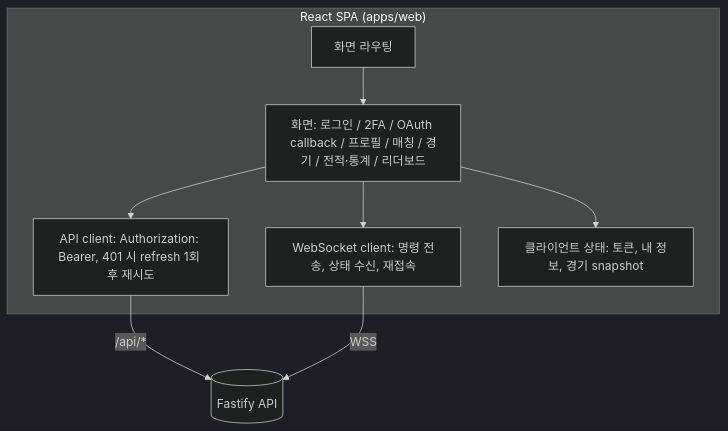
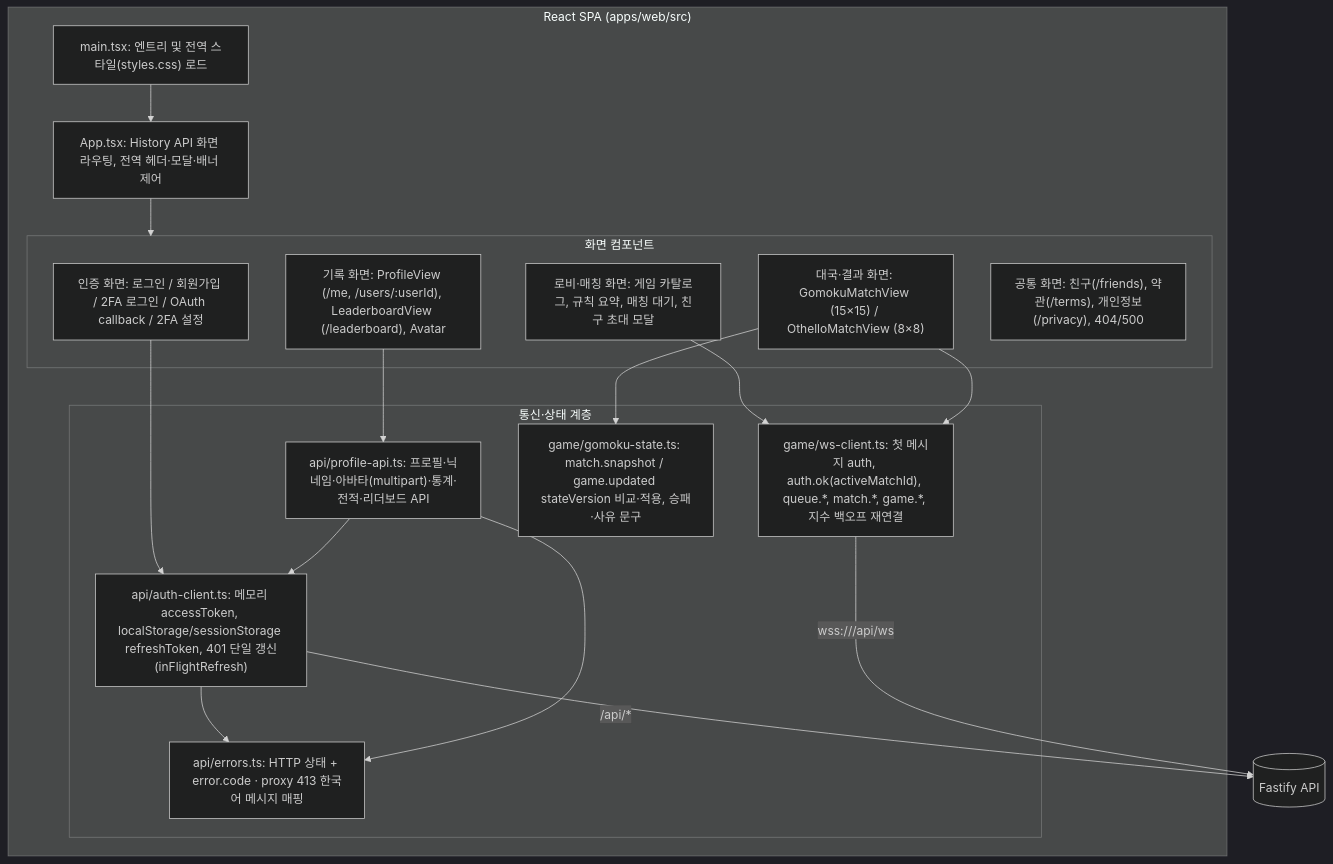
Before and after one commit to EscapeFromGyeongsan/ft_transcendence: the third of 53 diagrams in Document/SDS.md, drawn with Mermaid (dark theme). The commit also changed other lines of this file, not shown here.

````diff
--- a/Document/SDS.md
+++ b/Document/SDS.md
@@ -208,16 +211,32 @@
 ```mermaid
 flowchart TD
-    subgraph SPA["React SPA (apps/web)"]
-        Router[화면 라우팅]
-        Pages["화면: 로그인 / 2FA / OAuth callback / 프로필 / 매칭 / 경기 / 전적·통계 / 리더보드"]
-        ApiClient["API client: Authorization: Bearer, 401 시 refresh 1회 후 재시도"]
-        WsClient["WebSocket client: 명령 전송, 상태 수신, 재접속"]
-        Store["클라이언트 상태: 토큰, 내 정보, 경기 snapshot"]
+    subgraph SPA["React SPA (apps/web/src)"]
+        Main["main.tsx: 엔트리 및 전역 스타일(styles.css) 로드"]
+        Router["App.tsx: History API 화면 라우팅, 전역 헤더·모달·배너 제어"]
+        subgraph Views["화면 컴포넌트"]
+            AuthViews["인증 화면: 로그인 / 회원가입 / 2FA 로그인 / OAuth callback / 2FA 설정"]
+            LobbyView["로비·매칭 화면: 게임 카탈로그, 규칙 요약, 매칭 대기, 친구 초대 모달"]
+            MatchView["대국·결과 화면: GomokuMatchView (15×15) / OthelloMatchView (8×8)"]
+            ProfileViews["기록 화면: ProfileView (/me, /users/:userId), LeaderboardView (/leaderboard), Avatar"]
+            StaticViews["공통 화면: 친구(/friends), 약관(/terms), 개인정보(/privacy), 404/500"]
+        end
+        subgraph Clients["통신·상태 계층"]
+            AuthClient["api/auth-client.ts: 메모리 accessToken, localStorage/sessionStorage refreshToken, 401 단일 갱신(inFlightRefresh)"]
+            ProfileApi["api/profile-api.ts: 프로필·닉네임·아바타(multipart)·통계·전적·리더보드 API"]
+            ErrorMap["api/errors.ts: HTTP 상태 + error.code · proxy 413 한국어 메시지 매핑"]
+            WsClient["game/ws-client.ts: 첫 메시지 auth, auth.ok(activeMatchId), queue.*, match.*, game.*, 지수 백오프 재연결"]
+            GameState["game/gomoku-state.ts: match.snapshot / game.updated stateVersion 비교·적용, 승패·사유 문구"]
+        end
     end
-    Router --> Pages
-    Pages --> ApiClient
-    Pages --> WsClient
-    Pages --> Store
-    ApiClient -->|"/api/*"| API[(Fastify API)]
-    WsClient -->|WSS| API
+    Main --> Router --> Views
+    AuthViews --> AuthClient
+    LobbyView --> WsClient
+    MatchView --> WsClient
+    MatchView --> GameState
+    ProfileViews --> ProfileApi
+    ProfileApi --> AuthClient
+    AuthClient --> ErrorMap
+    ProfileApi --> ErrorMap
+    AuthClient -->|"/api/*"| API[(Fastify API)]
+    WsClient -->|"wss://<host>/api/ws"| API
 ```
````
